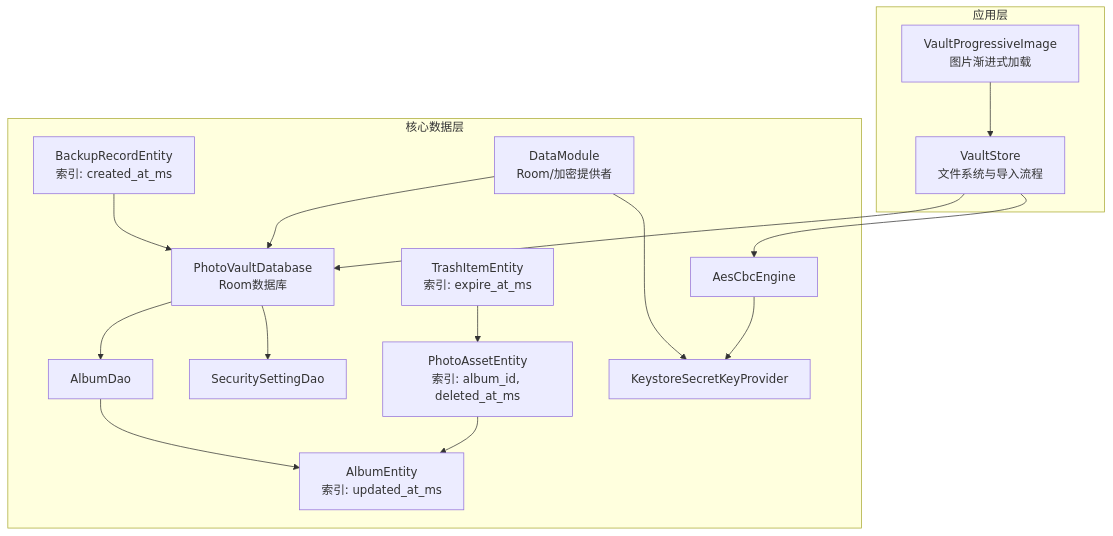
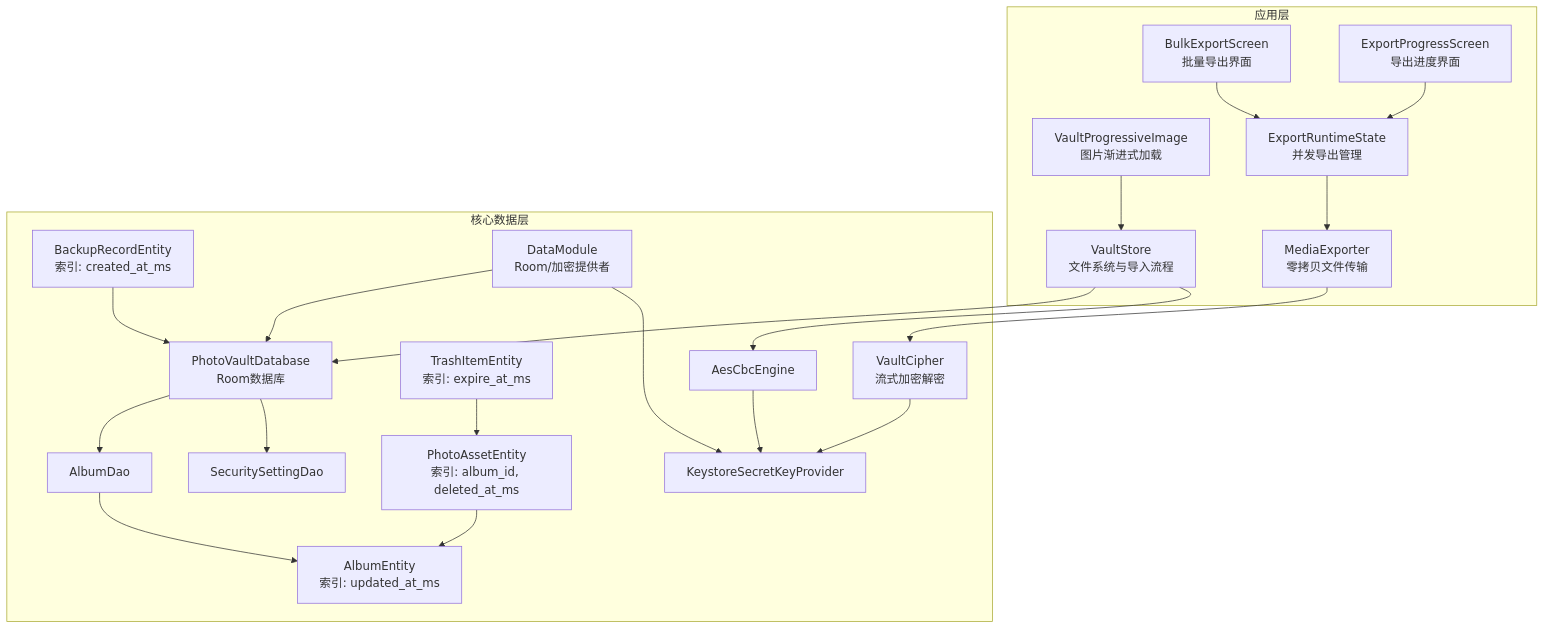
One commit to wanhongbo/ai-photo-vault changed the first of 9 diagrams in .qoder/repowiki/zh/content/性能优化/IO优化技术.md. Above: the diagram before and after it, drawn with Mermaid. The commit also changed other lines of this file and 22 other files, not shown here.

````diff
--- a/.qoder/repowiki/zh/content/性能优化/IO优化技术.md
+++ b/.qoder/repowiki/zh/content/性能优化/IO优化技术.md
@@ -43,31 +55,41 @@
 ```mermaid
 graph TB
 subgraph "应用层"
 APP_VaultStore["VaultStore<br/>文件系统与导入流程"]
 APP_Image["VaultProgressiveImage<br/>图片渐进式加载"]
+APP_Exporter["MediaExporter<br/>零拷贝文件传输"]
+APP_ExportState["ExportRuntimeState<br/>并发导出管理"]
+APP_BulkExport["BulkExportScreen<br/>批量导出界面"]
+APP_ExportProgress["ExportProgressScreen<br/>导出进度界面"]
 end
 subgraph "核心数据层"
 DATA_DB["PhotoVaultDatabase<br/>Room数据库"]
 DAO_Album["AlbumDao"]
 DAO_Security["SecuritySettingDao"]
 ENT_Album["AlbumEntity<br/>索引: updated_at_ms"]
 ENT_Photo["PhotoAssetEntity<br/>索引: album_id, deleted_at_ms"]
 ENT_Trash["TrashItemEntity<br/>索引: expire_at_ms"]
 ENT_Backup["BackupRecordEntity<br/>索引: created_at_ms"]
 CRYPTO_Aes["AesCbcEngine"]
 CRYPTO_Key["KeystoreSecretKeyProvider"]
+CRYPTO_Vault["VaultCipher<br/>流式加密解密"]
 DI_Data["DataModule<br/>Room/加密提供者"]
 end
 APP_VaultStore --> DATA_DB
 APP_VaultStore --> CRYPTO_Aes
 APP_Image --> APP_VaultStore
+APP_Exporter --> CRYPTO_Vault
+APP_ExportState --> APP_Exporter
+APP_BulkExport --> APP_ExportState
+APP_ExportProgress --> APP_ExportState
 DATA_DB --> DAO_Album
 DATA_DB --> DAO_Security
 DAO_Album --> ENT_Album
 ENT_Photo --> ENT_Album
 ENT_Trash --> ENT_Photo
 ENT_Backup --> DATA_DB
 DI_Data --> DATA_DB
 DI_Data --> CRYPTO_Key
 CRYPTO_Aes --> CRYPTO_Key
+CRYPTO_Vault --> CRYPTO_Key
 ```
````
